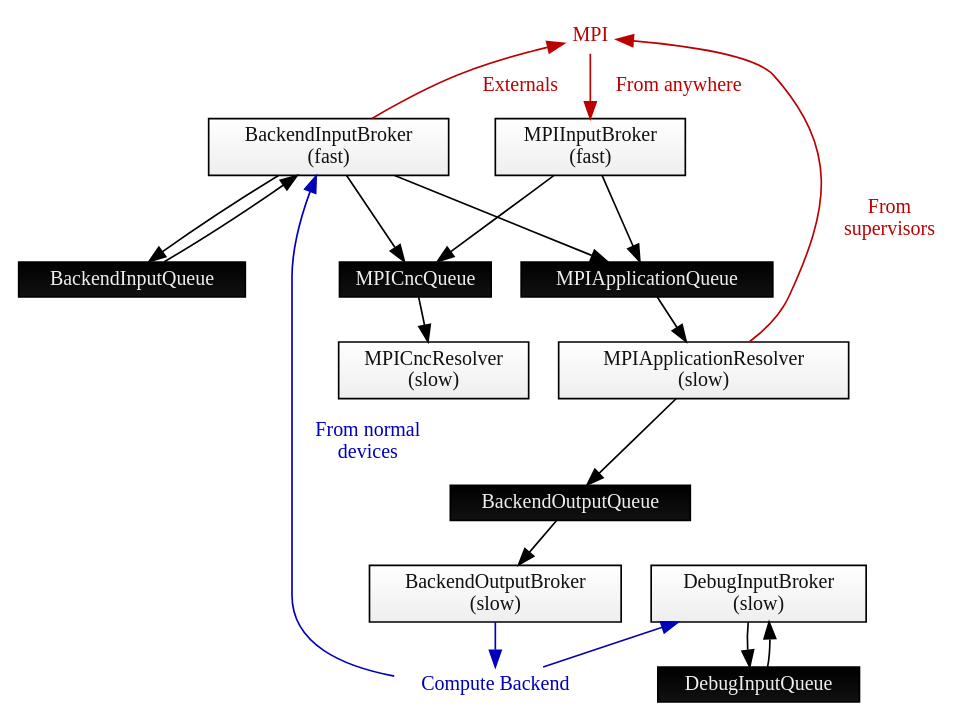
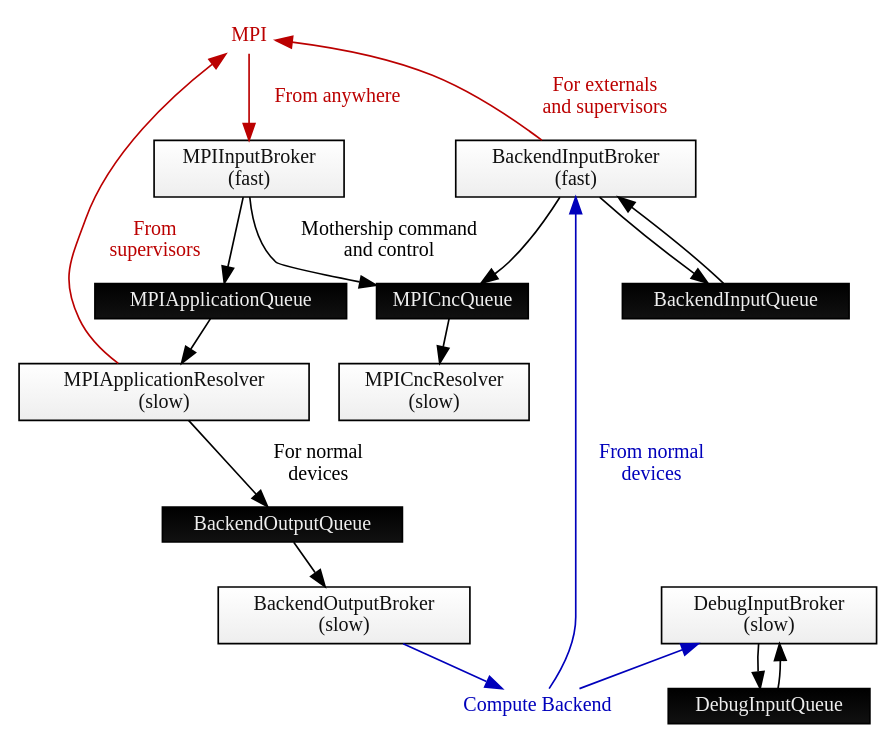
The diagram in images/source/mothership_producer_consumer.dot (POETSII/orchestrator-documentation), drawn with Graphviz before and after one commit. The commit also changed 1 other file, not shown here.

Commit message:
Fixing some queue logic from chatting to ADB.

```diff
--- a/images/source/mothership_producer_consumer.dot
+++ b/images/source/mothership_producer_consumer.dot
@@ -1,87 +1,87 @@
 digraph G {
 
     fontname="Inconsolata";
     fontsize=12;
     margin=0;
     ranksep=0.35;
 
     // Threads
     node[color="#000000",
          fillcolor="#ffffff:#eeeeee",
          fontcolor="#111111",
          fontname="Inconsolata",
          fontsize=12,
          gradientangle=270,
          height=0,
          margin=0.05;
          penwidth=1;
          shape="rect",
          style="filled",
          width=0];
 
     MPIInputBroker[label="MPIInputBroker\n(fast)"];
     MPICncResolver[label="MPICncResolver\n(slow)"];
     MPIApplicationResolver[label="MPIApplicationResolver\n(slow)"];
     BackendOutputBroker[label="BackendOutputBroker\n(slow)"];
     BackendInputBroker[label="BackendInputBroker\n(fast)"];
     DebugInputBroker[label="DebugInputBroker\n(slow)"];
 
     // Queues
     node[color="#000000",
          fillcolor="#000000:#111111",
          fontcolor="#eeeeee"];
 
     MPIApplicationQueue;
     MPICncQueue;
     BackendOutputQueue;
     BackendInputQueue;
     DebugInputQueue;
 
     // Communication Buses
     node[color="#FFFFFF",
          fillcolor="#FFFFFF"];
 
     MPI [fontcolor="#BB0000"];
     Backend [label="Compute Backend", fontcolor="#0000BB"];
 
     // Producer-consumer relationship
     edge[color="#000000",
          fontname="Inconsolata",
          fontsize=12;
          penwidth=1];
 
     MPIInputBroker -> MPIApplicationQueue;
-    MPIInputBroker -> MPICncQueue;
+    MPIInputBroker -> MPICncQueue [label="Mothership command\nand control"];
     MPICncQueue -> MPICncResolver;
     MPIApplicationQueue -> MPIApplicationResolver;
-    MPIApplicationResolver -> BackendOutputQueue;
+    MPIApplicationResolver -> BackendOutputQueue
+        [label=" For normal\ndevices"];
     BackendOutputQueue -> BackendOutputBroker;
     BackendInputBroker -> BackendInputQueue;
-    BackendInputBroker -> MPIApplicationQueue;
     BackendInputBroker -> MPICncQueue;
     BackendInputQueue -> BackendInputBroker;
     DebugInputBroker -> DebugInputQueue;
     DebugInputQueue -> DebugInputBroker;
 
     // MPI
     edge[color="#BB0000",
          fontcolor="#BB0000"];
 
     MPI -> MPIInputBroker [label=" From anywhere"];
     MPIApplicationResolver -> MPI [label=" From\nsupervisors"];
     //MPICncResolver -> MPI;
-    BackendInputBroker -> MPI [label=" Externals"];
+    BackendInputBroker -> MPI [label=" For externals\nand supervisors"];
     //DebugInputBroker -> MPI;
 
     // Backend
     edge[color="#0000BB",
          fontcolor="#0000BB"];
 
     Backend -> BackendInputBroker [label=" From normal\ndevices"];
     Backend -> DebugInputBroker;
     BackendOutputBroker -> Backend;
 
     // Movement
     { rank=min; MPI; }
     { rank=max; Backend; }
 }
```
